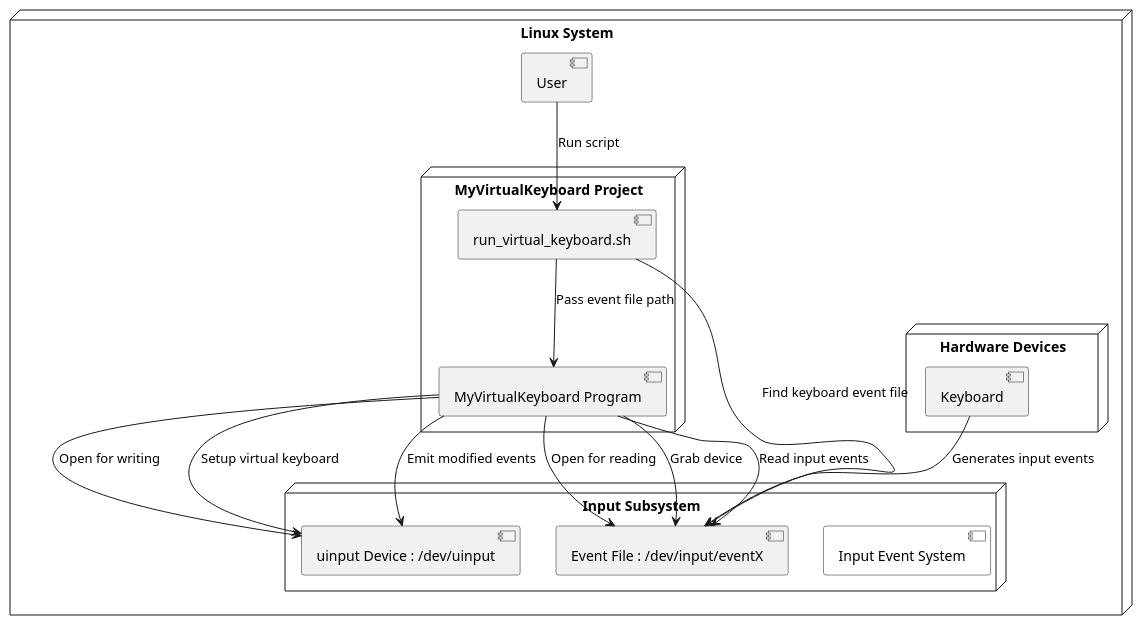
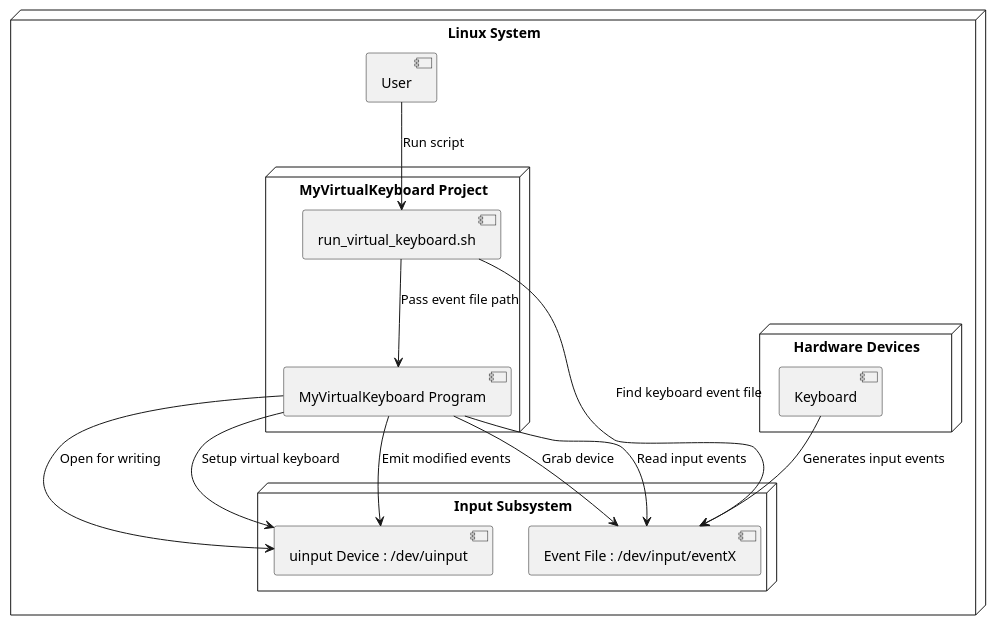
Before and after one commit to ottomossei/my-virtual-keyboard: the diagram in image/system.pu, drawn with PlantUML. The commit also changed 1 other file, not shown here.

Commit message:
modify diagram

```diff
--- a/image/system.pu
+++ b/image/system.pu
@@ -1,35 +1,33 @@
 @startuml
 node "Linux System" {
     [User]
     node "Hardware Devices" {
         [Keyboard] 
     }
 
     node "Input Subsystem" {
-        [Input Event System] #white
         [uinput Device : /dev/uinput]
         [Event File : /dev/input/eventX]
     }
 
     node "MyVirtualKeyboard Project" {
         [run_virtual_keyboard.sh]
         [MyVirtualKeyboard Program]
     }
 }
 
 User --> [run_virtual_keyboard.sh] : Run script
 [run_virtual_keyboard.sh] --> [Event File : /dev/input/eventX] : Find keyboard event file
 [run_virtual_keyboard.sh] --> [MyVirtualKeyboard Program] : Pass event file path
 
-[MyVirtualKeyboard Program] --> [Event File : /dev/input/eventX] : Open for reading
 [MyVirtualKeyboard Program] --> [uinput Device : /dev/uinput] : Open for writing
 
 [MyVirtualKeyboard Program] --> [Event File : /dev/input/eventX] : Grab device
 [MyVirtualKeyboard Program] --> [uinput Device : /dev/uinput] : Setup virtual keyboard
 
 [MyVirtualKeyboard Program] --> [Event File : /dev/input/eventX] : Read input events
 [MyVirtualKeyboard Program] --> [uinput Device : /dev/uinput] : Emit modified events
 
 [Keyboard] --> [Event File : /dev/input/eventX] : Generates input events
 
 @enduml
```
